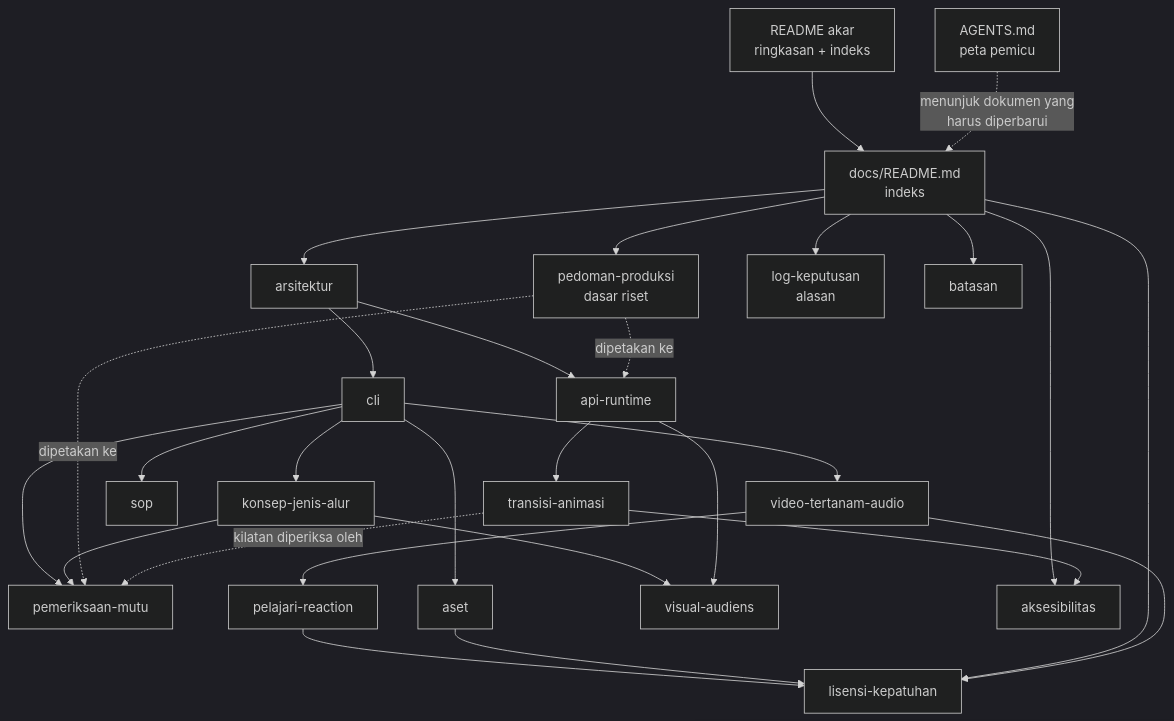
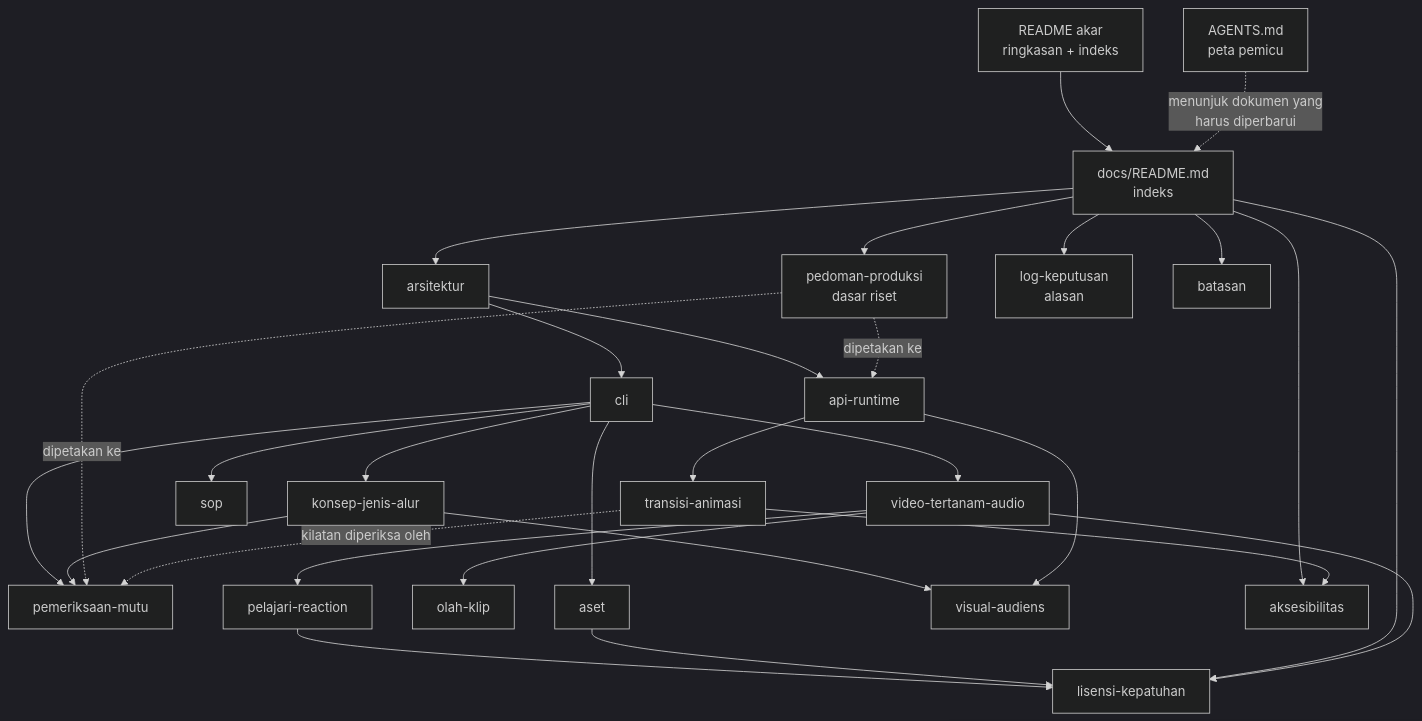
Before and after one commit to ahliweb/awvd: the diagram in docs/README.md, drawn with Mermaid (dark theme). The commit also changed other lines of this file and 14 other files, not shown here.

````diff
--- a/docs/README.md
+++ b/docs/README.md
@@ -40,30 +41,31 @@
 ```mermaid
 flowchart TD
     R[README akar<br/>ringkasan + indeks] --> I[docs/README.md<br/>indeks]
     I --> A[arsitektur]
     A --> API[api-runtime]
     API --> TRA[transisi-animasi]
     A --> CLI[cli]
     CLI --> QC[pemeriksaan-mutu]
     CLI --> KLP[video-tertanam-audio]
     KLP --> PLJ[pelajari-reaction]
+    KLP --> OLH[olah-klip]
     PLJ --> LIS
     CLI --> SOP[sop]
     CLI --> ASET[aset]
     ASET --> LIS
     CLI --> KON[konsep-jenis-alur]
     KON --> QC
     KON --> VIS[visual-audiens]
     API --> VIS
     I --> PP[pedoman-produksi<br/>dasar riset]
     I --> LK[log-keputusan<br/>alasan]
     I --> AKS[aksesibilitas]
     TRA --> AKS
     I --> BAT[batasan]
     I --> LIS[lisensi-kepatuhan]
     KLP --> LIS
     PP -.->|dipetakan ke| API
     PP -.->|dipetakan ke| QC
     TRA -.->|kilatan diperiksa oleh| QC
     AG[AGENTS.md<br/>peta pemicu] -.->|menunjuk dokumen yang<br/>harus diperbarui| I
 ```
````
